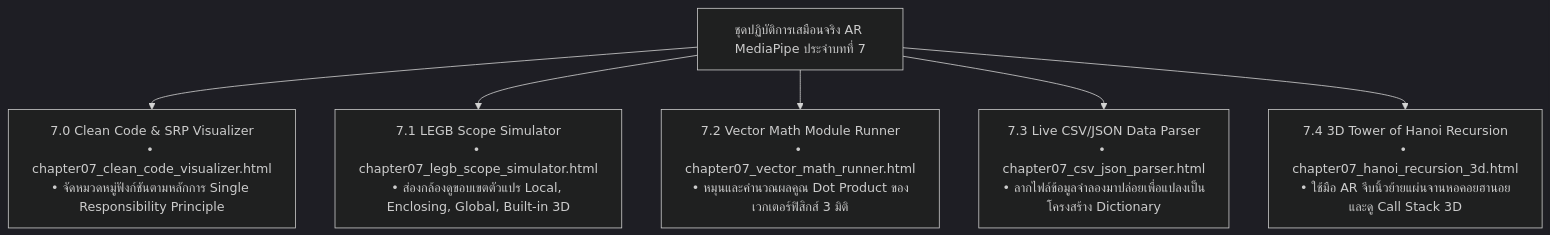
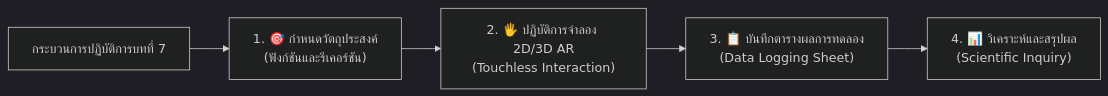
The diagram in book1_chapters/lab_manual_chapter07_ar_mediapipe.md (Tsanaphy2023/computing-science), drawn with Mermaid (dark theme) before and after one commit. The commit also changed other lines of this file and 13 other files, not shown here.

````diff
--- a/book1_chapters/lab_manual_chapter07_ar_mediapipe.md
+++ b/book1_chapters/lab_manual_chapter07_ar_mediapipe.md
@@ -10,9 +10,11 @@
 ```mermaid
-graph TD
-    CH7["ชุดปฏิบัติการเสมือนจริง AR MediaPipe ประจำบทที่ 7"]
-    CH7 --> L70["7.0 Clean Code & SRP Visualizer\n• chapter07_clean_code_visualizer.html\n• จัดหมวดหมู่ฟังก์ชันตามหลักการ Single Responsibility Principle"]
-    CH7 --> L71["7.1 LEGB Scope Simulator\n• chapter07_legb_scope_simulator.html\n• ส่องกล้องดูขอบเขตตัวแปร Local, Enclosing, Global, Built-in 3D"]
-    CH7 --> L72["7.2 Vector Math Module Runner\n• chapter07_vector_math_runner.html\n• หมุนและคำนวณผลคูณ Dot Product ของเวกเตอร์ฟิสิกส์ 3 มิติ"]
-    CH7 --> L73["7.3 Live CSV/JSON Data Parser\n• chapter07_csv_json_parser.html\n• ลากไฟล์ข้อมูลจำลองมาปล่อยเพื่อแปลงเป็นโครงสร้าง Dictionary"]
-    CH7 --> L74["7.4 3D Tower of Hanoi Recursion\n• chapter07_hanoi_recursion_3d.html\n• ใช้มือ AR จีบนิ้วย้ายแผ่นจานหอคอยฮานอยและดู Call Stack 3D"]
+graph LR
+    LAB["กระบวนการปฏิบัติการบทที่ 7"] --> S1["1. 🎯 กำหนดวัตถุประสงค์
+(ฟังก์ชันและรีเคอร์ชัน)"]
+    S1 --> S2["2. 🖐️ ปฏิบัติการจำลอง 2D/3D AR
+(Touchless Interaction)"]
+    S2 --> S3["3. 📋 บันทึกตารางผลการทดลอง
+(Data Logging Sheet)"]
+    S3 --> S4["4. 📊 วิเคราะห์และสรุปผล
+(Scientific Inquiry)"]
 ```
````
